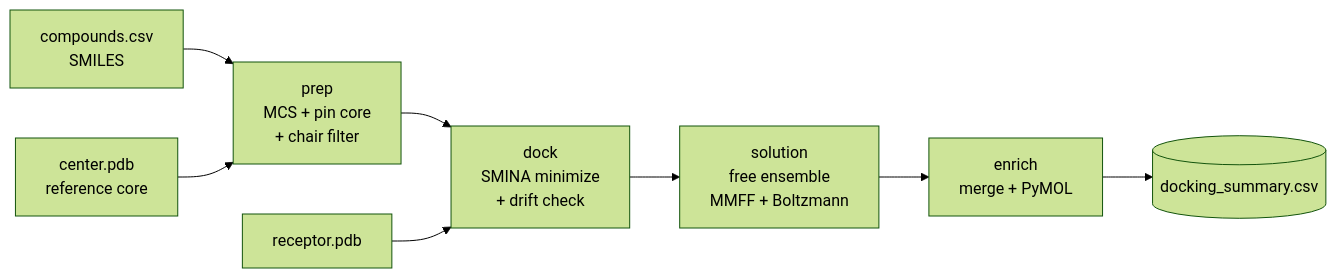
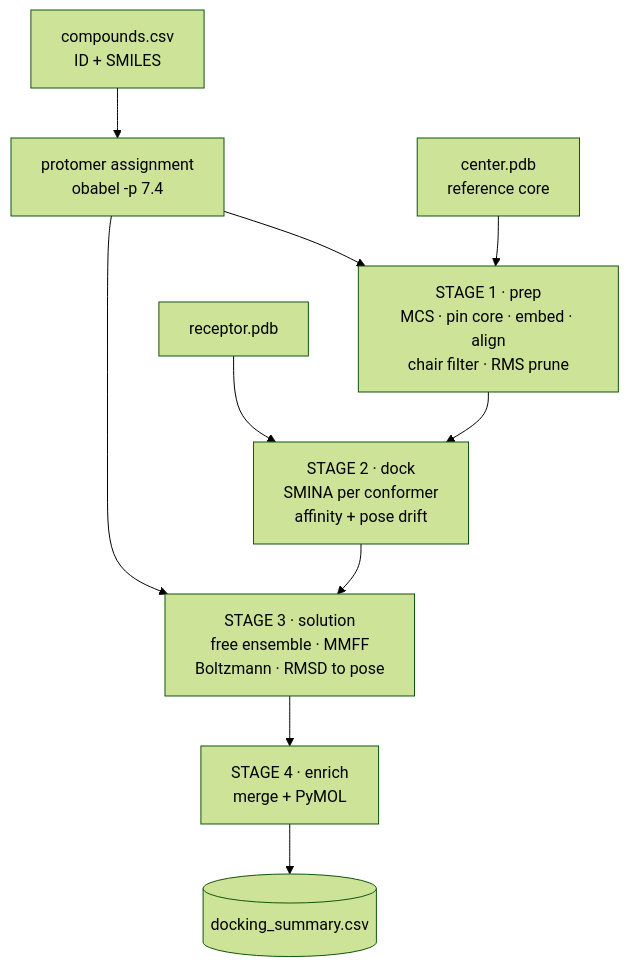
One commit to bryandcox-stack/constrained-smina-docking changed the diagram in README.md. Above: the diagram before and after it, drawn with Mermaid (forest theme). The commit also changed other lines of this file, not shown here.

````diff
--- a/README.md
+++ b/README.md
@@ -94,10 +129,12 @@
 ```mermaid
-flowchart LR
-    A[compounds.csv<br/>SMILES] --> P
-    R[center.pdb<br/>reference core] --> P
-    P[prep<br/>MCS + pin core<br/>+ chair filter] --> D
-    X[receptor.pdb] --> D
-    D[dock<br/>SMINA minimize<br/>+ drift check] --> S
-    S[solution<br/>free ensemble<br/>MMFF + Boltzmann] --> E
-    E[enrich<br/>merge + PyMOL] --> O[(docking_summary.csv)]
+flowchart TD
+    A[compounds.csv<br/>ID + SMILES] --> P0
+    P0[protomer assignment<br/>obabel -p 7.4] --> P1
+    R[center.pdb<br/>reference core] --> P1
+    P1[STAGE 1 · prep<br/>MCS · pin core · embed · align<br/>chair filter · RMS prune] --> P2
+    X[receptor.pdb] --> P2
+    P2[STAGE 2 · dock<br/>SMINA per conformer<br/>affinity + pose drift] --> P3
+    P0 --> P3
+    P3[STAGE 3 · solution<br/>free ensemble · MMFF<br/>Boltzmann · RMSD to pose] --> P4
+    P4[STAGE 4 · enrich<br/>merge + PyMOL] --> O[(docking_summary.csv)]
 ```
````
